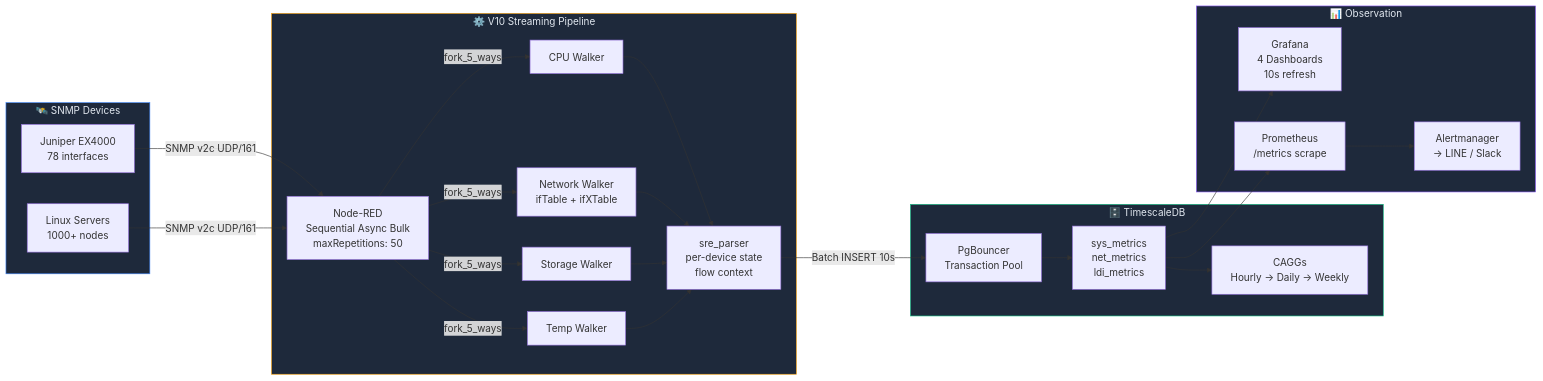
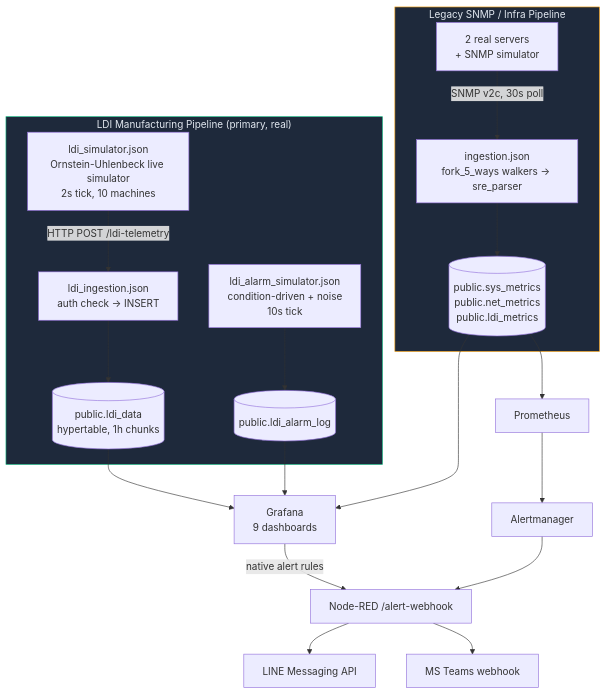
Before and after one commit to PATTANAKORN025/IMS: the diagram in docs/ARCHITECTURE.md, drawn with Mermaid. The commit also changed other lines of this file, not shown here.

````diff
--- a/docs/ARCHITECTURE.md
+++ b/docs/ARCHITECTURE.md
@@ -9,37 +11,25 @@
 ```mermaid
-flowchart LR
-    subgraph Devices ["🛰️ SNMP Devices"]
-        J[Juniper EX4000\n78 interfaces] 
-        S[Linux Servers\n1000+ nodes]
+flowchart TB
+    subgraph LDI ["LDI Manufacturing Pipeline (primary, real)"]
+        SIM["ldi_simulator.json\nOrnstein-Uhlenbeck live simulator\n2s tick, 10 machines"] -->|"HTTP POST /ldi-telemetry"| ING["ldi_ingestion.json\nauth check -> INSERT"]
+        ING --> LDIDATA[("public.ldi_data\nhypertable, 1h chunks")]
+        ALMSIM["ldi_alarm_simulator.json\ncondition-driven + noise\n10s tick"] --> ALARMLOG[("public.ldi_alarm_log")]
     end
 
-    subgraph Pipeline ["⚙️ V10 Streaming Pipeline"]
-        J -->|SNMP v2c UDP/161| W[Node-RED\nSequential Async Bulk\nmaxRepetitions: 50]
-        S -->|SNMP v2c UDP/161| W
-        W -->|fork_5_ways| CPU[CPU Walker]
-        W -->|fork_5_ways| NET[Network Walker\nifTable + ifXTable]
-        W -->|fork_5_ways| STO[Storage Walker]
-        W -->|fork_5_ways| TMP[Temp Walker]
-        CPU --> P["sre_parser\nper-device state\nflow context"]
-        NET --> P
-        STO --> P
-        TMP --> P
+    subgraph LEGACY ["Legacy SNMP / Infra Pipeline"]
+        DEV["2 real servers\n+ SNMP simulator"] -->|"SNMP v2c, 30s poll"| NR["ingestion.json\nfork_5_ways walkers -> sre_parser"]
+        NR --> SYSMETRICS[("public.sys_metrics\npublic.net_metrics\npublic.ldi_metrics")]
     end
 
-    subgraph Storage ["🗄️ TimescaleDB"]
-        P -->|Batch INSERT 10s| B[PgBouncer\nTransaction Pool]
-        B --> T["sys_metrics\nnet_metrics\nldi_metrics"]
-        T --> CAGG["CAGGs\nHourly → Daily → Weekly"]
-    end
+    LDIDATA --> GRAFANA["Grafana\n9 dashboards"]
+    ALARMLOG --> GRAFANA
+    SYSMETRICS --> GRAFANA
+    SYSMETRICS --> PROM["Prometheus"]
+    GRAFANA -->|"native alert rules"| NRWEBHOOK["Node-RED /alert-webhook"]
+    PROM --> AM["Alertmanager"] --> NRWEBHOOK
+    NRWEBHOOK --> LINE["LINE Messaging API"]
+    NRWEBHOOK --> TEAMS["MS Teams webhook"]
 
-    subgraph Obs ["📊 Observation"]
-        T --> G["Grafana\n4 Dashboards\n10s refresh"]
-        T --> PR["Prometheus\n/metrics scrape"]
-        PR --> AM["Alertmanager\n→ LINE / Slack"]
-    end
-
-    style Devices fill:#1e293b,stroke:#3B82F6,color:#e2e8f0
-    style Pipeline fill:#1e293b,stroke:#F59E0B,color:#e2e8f0
-    style Storage fill:#1e293b,stroke:#10B981,color:#e2e8f0
-    style Obs fill:#1e293b,stroke:#8B5CF6,color:#e2e8f0
+    style LDI fill:#1e293b,stroke:#10B981,color:#e2e8f0
+    style LEGACY fill:#1e293b,stroke:#F59E0B,color:#e2e8f0
 ```
````
